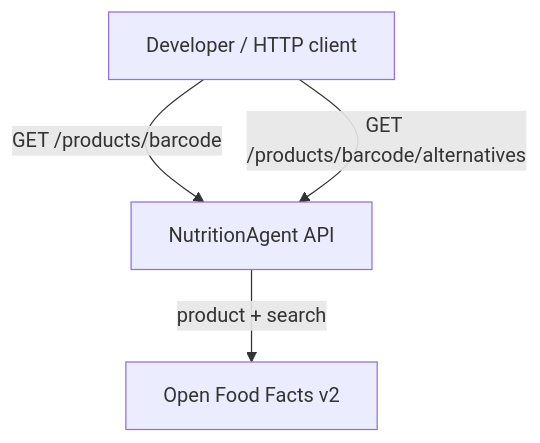
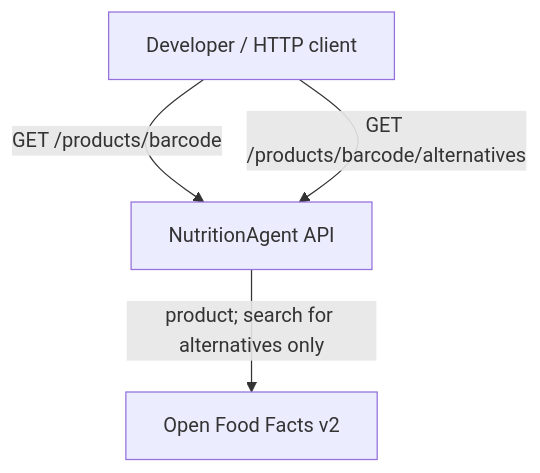
Before and after one commit to phduong21/nutrition: the diagram in _bmad-output/planning-artifacts/architecture/architecture-Nutrition-2026-06-27/ARCHITECTURE.md, drawn with Mermaid. The commit also changed other lines of this file and 45 other files, not shown here.

````diff
--- a/_bmad-output/planning-artifacts/architecture/architecture-Nutrition-2026-06-27/ARCHITECTURE.md
+++ b/_bmad-output/planning-artifacts/architecture/architecture-Nutrition-2026-06-27/ARCHITECTURE.md
@@ -30,10 +29,10 @@
 ```mermaid
 flowchart TB
   Client[Developer / HTTP client]
   API[NutritionAgent API]
   OFF[Open Food Facts v2]
 
   Client -->|GET /products/barcode| API
   Client -->|GET /products/barcode/alternatives| API
-  API -->|product + search| OFF
+  API -->|product; search for alternatives only| OFF
 ```
````
